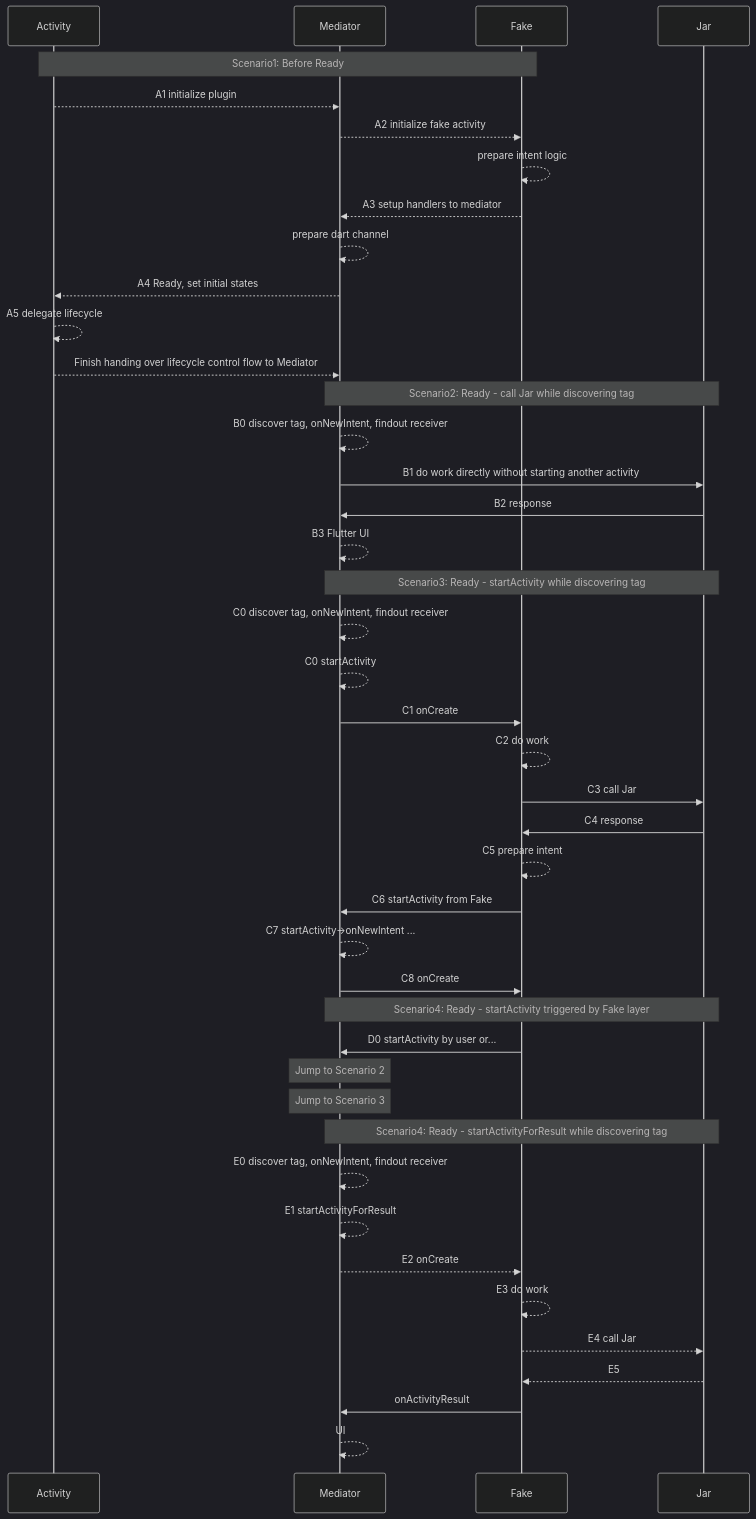
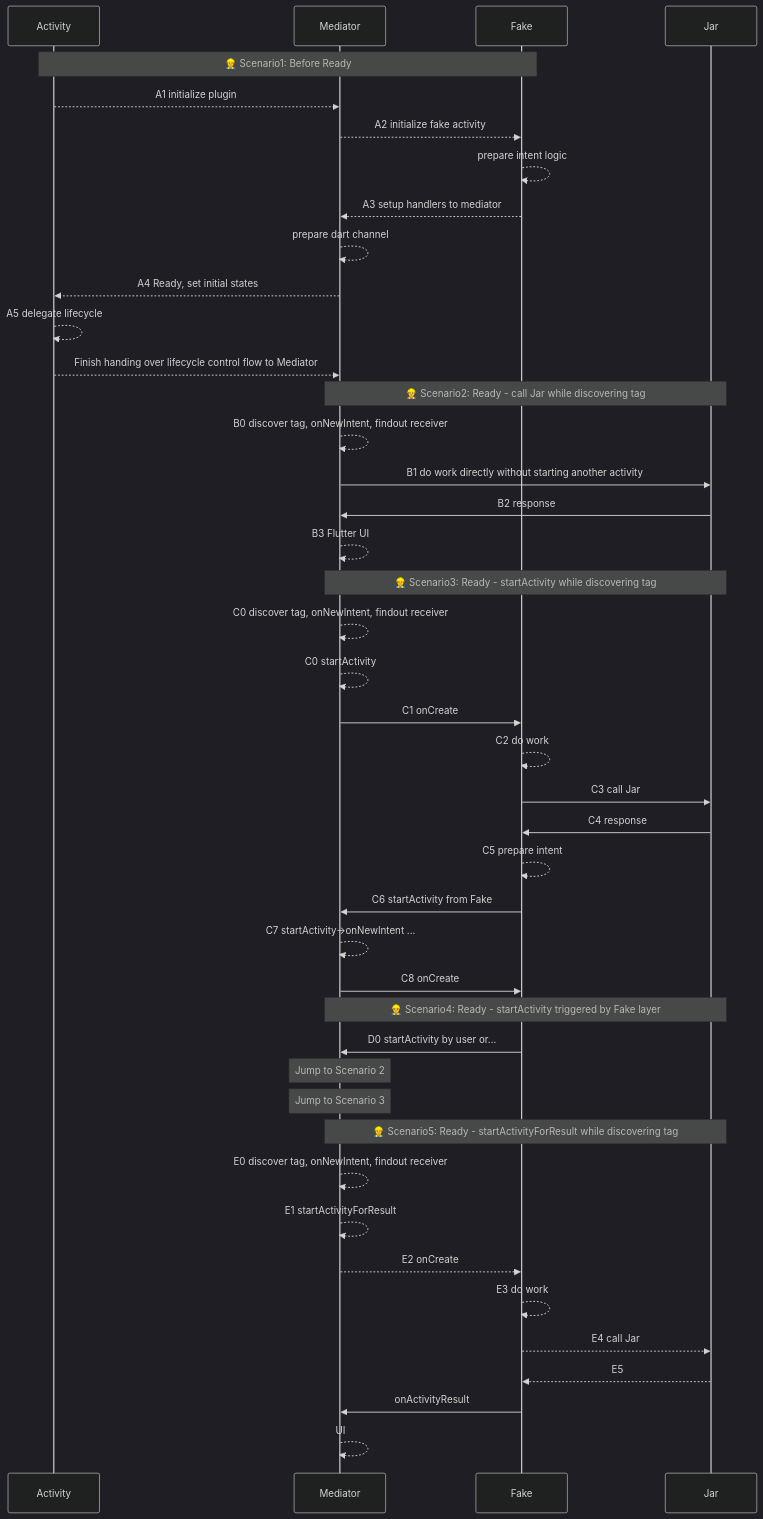
The second of 3 diagrams in flutter/android_to_flutter.md (gordianknotC/nxp_note), drawn with Mermaid (dark theme) before and after one commit. The commit also changed other lines of this file, not shown here.

Commit message:
flutter/android_to_flutter.md updated from https://stackedit.io/

````diff
--- a/flutter/android_to_flutter.md
+++ b/flutter/android_to_flutter.md
@@ -39,61 +39,61 @@
 ```mermaid
 sequenceDiagram
 participant Activity
 participant Mediator
 participant Fake
 participant Jar
 
 
-Note over Activity, Fake: Scenario1: Before Ready
+Note over Activity, Fake: 👷 Scenario1: Before Ready
 
 Activity -->> Mediator: A1 initialize plugin
 Mediator -->> Fake: A2 initialize fake activity
 Fake -->> Fake: prepare intent logic
 Fake -->> Mediator: A3 setup handlers to mediator
 Mediator -->> Mediator: prepare dart channel
 Mediator -->> Activity: A4 Ready, set initial states
 Activity -->> Activity: A5 delegate lifecycle
 Activity -->> Mediator: Finish handing over lifecycle control flow to Mediator
 
 
-Note over Mediator, Jar: Scenario2: Ready - call Jar while discovering tag 
+Note over Mediator, Jar: 👷 Scenario2: Ready - call Jar while discovering tag 
 
 Mediator-->> Mediator: B0 discover tag, onNewIntent, findout receiver
 Mediator->>Jar: B1 do work directly without starting another activity
 Jar->>Mediator: B2 response
 Mediator-->>Mediator: B3 Flutter UI
 
 
-Note over Mediator, Jar: Scenario3: Ready - startActivity while discovering tag
+Note over Mediator, Jar: 👷 Scenario3: Ready - startActivity while discovering tag
 
 Mediator-->> Mediator: C0 discover tag, onNewIntent, findout receiver
 Mediator-->>Mediator: C0 startActivity
 Mediator->>Fake: C1 onCreate
 Fake-->>Fake: C2 do work
 Fake->>Jar:C3 call Jar
 Jar->>Fake:C4 response
 Fake-->>Fake:C5 prepare intent
 Fake->>Mediator: C6 startActivity from Fake
 Mediator-->>Mediator: C7 startActivity->onNewIntent ...
 Mediator->>Fake: C8 onCreate
 
 
-Note over Mediator, Jar: Scenario4: Ready - startActivity triggered by Fake layer
+Note over Mediator, Jar: 👷 Scenario4: Ready - startActivity triggered by Fake layer
 
 Fake->>Mediator: D0 startActivity by user or...
 
 
 Note over Mediator: Jump to Scenario 2
 Note over Mediator: Jump to Scenario 3
 
 
-Note over Mediator, Jar: Scenario4: Ready - startActivityForResult while discovering tag
+Note over Mediator, Jar: 👷 Scenario5: Ready - startActivityForResult while discovering tag
 Mediator-->> Mediator: E0 discover tag, onNewIntent, findout receiver
 Mediator-->>Mediator:E1 startActivityForResult
 Mediator-->>Fake: E2 onCreate
 Fake-->>Fake: E3 do work
 Fake-->>Jar:E4 call Jar
 Jar-->>Fake:E5
 Fake->>Mediator: onActivityResult
 Mediator-->>Mediator: UI 
 ```
````
